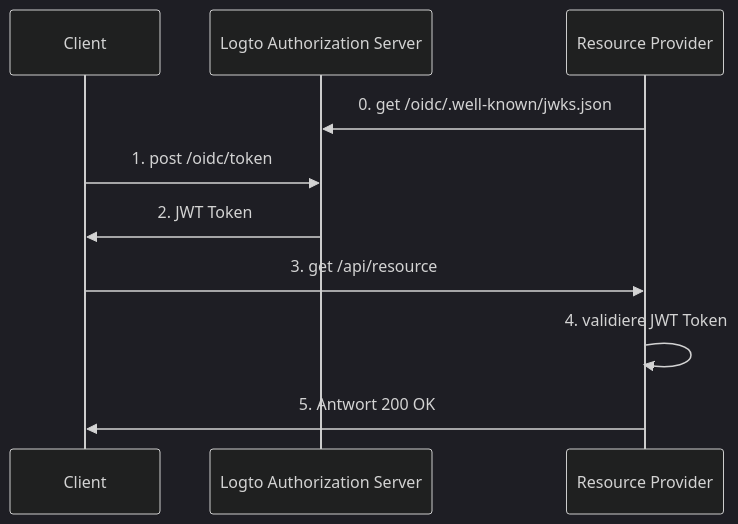
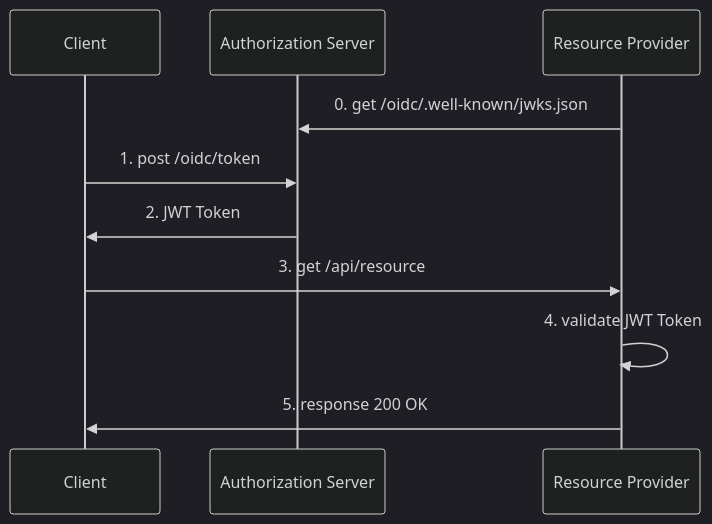
Before and after one commit to logto-io/auth-wiki: the second of 2 diagrams in src/content/terms/de/opaque-token.mdx, drawn with Mermaid (dark theme). The commit also changed other lines of this file and 98 other files, not shown here.

````diff
--- a/src/content/terms/de/opaque-token.mdx
+++ b/src/content/terms/de/opaque-token.mdx
@@ -73,16 +73,16 @@
 ```mermaid
 
 sequenceDiagram
     participant C as Client
-    participant AS as Logto Authorization Server
+    participant AS as Authorization Server
     participant RP as Resource Provider
 
     RP ->> AS: 0. get /oidc/.well-known/jwks.json
 
     C ->> AS: 1. post /oidc/token
     AS ->> C: 2. JWT Token
     C ->> RP: 3. get /api/resource
-    RP ->> RP: 4. validiere JWT Token
-    RP ->> C: 5. Antwort 200 OK
+    RP ->> RP: 4. validate JWT Token
+    RP ->> C: 5. response 200 OK
 
 ```
````
